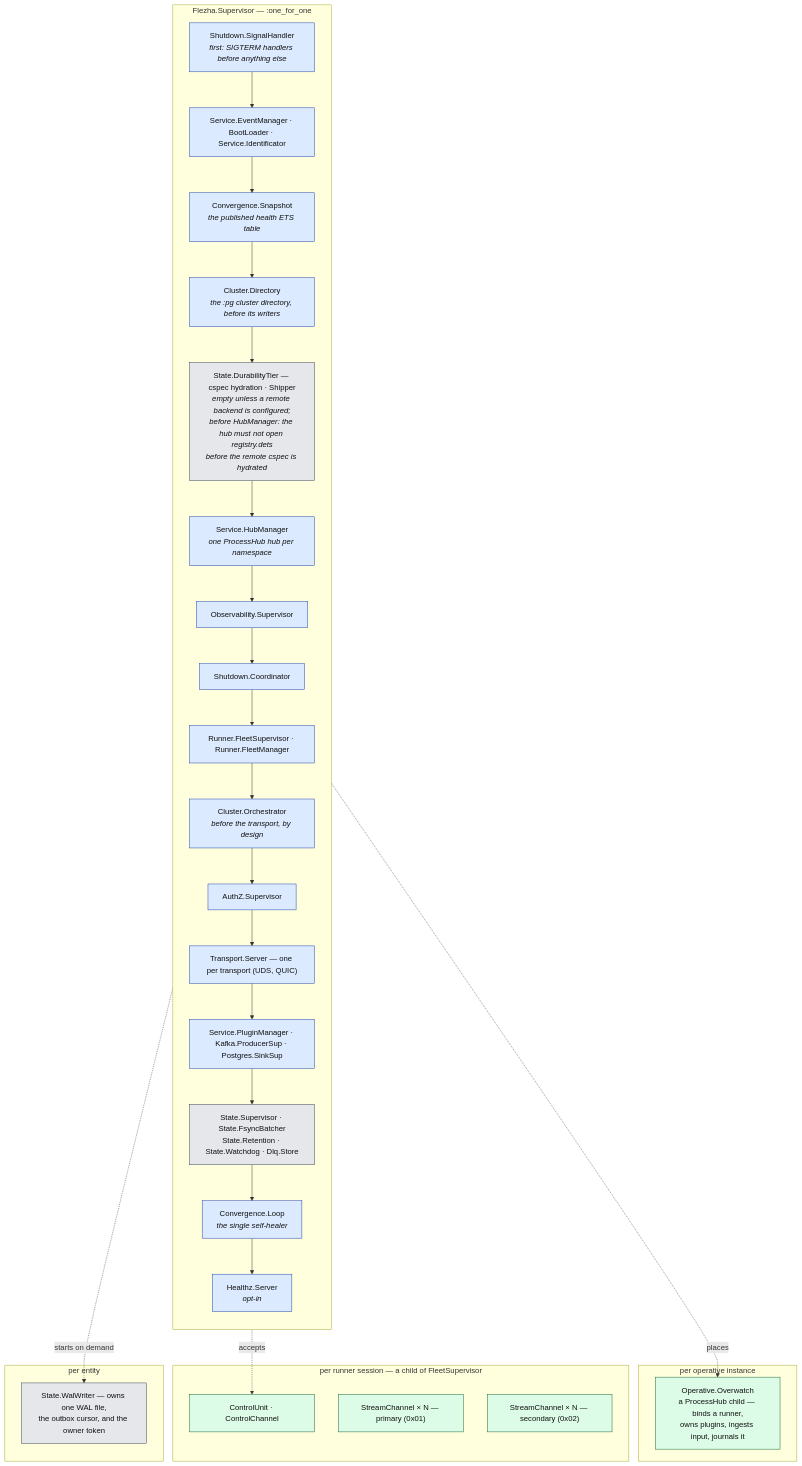
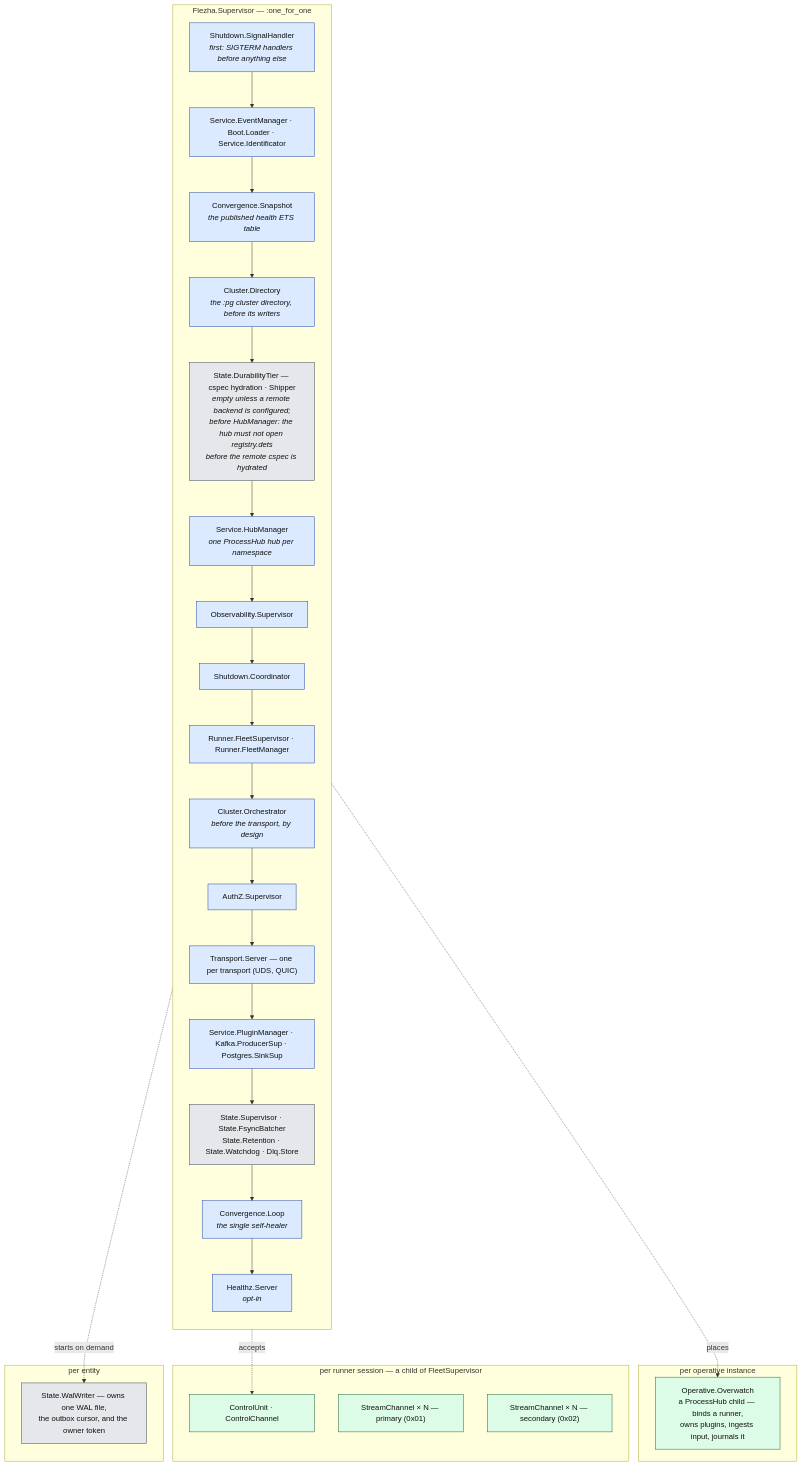
The sixth of 9 diagrams in docs/architecture/README.md (Flezha/flezha), drawn with Mermaid before and after one commit. The commit also changed 178 other files, not shown here.

````diff
--- a/docs/architecture/README.md
+++ b/docs/architecture/README.md
@@ -328,43 +328,43 @@
 ```mermaid
 flowchart TB
     subgraph APP["Flezha.Supervisor — :one_for_one"]
         direction TB
         A1["Shutdown.SignalHandler<br/><i>first: SIGTERM handlers before anything else</i>"]:::ctrl
-        A2["Service.EventManager · BootLoader · Service.Identificator"]:::ctrl
+        A2["Service.EventManager · Boot.Loader · Service.Identificator"]:::ctrl
         A3["Convergence.Snapshot<br/><i>the published health ETS table</i>"]:::ctrl
         A3a["Cluster.Directory<br/><i>the :pg cluster directory, before its writers</i>"]:::ctrl
         A3b["State.DurabilityTier — cspec hydration · Shipper<br/><i>empty unless a remote backend is configured;<br/>before HubManager: the hub must not open registry.dets<br/>before the remote cspec is hydrated</i>"]:::store
         A4["Service.HubManager<br/><i>one ProcessHub hub per namespace</i>"]:::ctrl
         A5["Observability.Supervisor"]:::ctrl
         A6["Shutdown.Coordinator"]:::ctrl
         A7["Runner.FleetSupervisor · Runner.FleetManager"]:::ctrl
         A8["Cluster.Orchestrator<br/><i>before the transport, by design</i>"]:::ctrl
         A9["AuthZ.Supervisor"]:::ctrl
         A10["Transport.Server — one per transport (UDS, QUIC)"]:::ctrl
         A11["Service.PluginManager · Kafka.ProducerSup · Postgres.SinkSup"]:::ctrl
         A12["State.Supervisor · State.FsyncBatcher<br/>State.Retention · State.Watchdog · Dlq.Store"]:::store
         A13["Convergence.Loop<br/><i>the single self-healer</i>"]:::ctrl
         A14["Healthz.Server<br/><i>opt-in</i>"]:::ctrl
         A1 --> A2 --> A3 --> A3a --> A3b --> A4 --> A5 --> A6 --> A7 --> A8 --> A9 --> A10 --> A11 --> A12 --> A13 --> A14
     end
 
     subgraph PEROP["per operative instance"]
         OW["Operative.Overwatch<br/>a ProcessHub child — binds a runner,<br/>owns plugins, ingests input, journals it"]:::exec
     end
     subgraph PEREX["per runner session — a child of FleetSupervisor"]
         EX1["ControlUnit · ControlChannel"]:::exec
         EX2["StreamChannel × N — primary (0x01)"]:::exec
         EX3["StreamChannel × N — secondary (0x02)"]:::exec
     end
     subgraph PERSEG["per entity"]
         WW["State.WalWriter — owns one WAL file,<br/>the outbox cursor, and the owner token"]:::store
     end
 
     A4 -.->|"places"| OW
     A7 -.->|"accepts"| EX1
     A12 -.->|"starts on demand"| WW
 
     classDef ctrl fill:#dbeafe,stroke:#1e40af,color:#111
     classDef exec fill:#dcfce7,stroke:#166534,color:#111
     classDef store fill:#e5e7eb,stroke:#374151,color:#111
 ```
````
